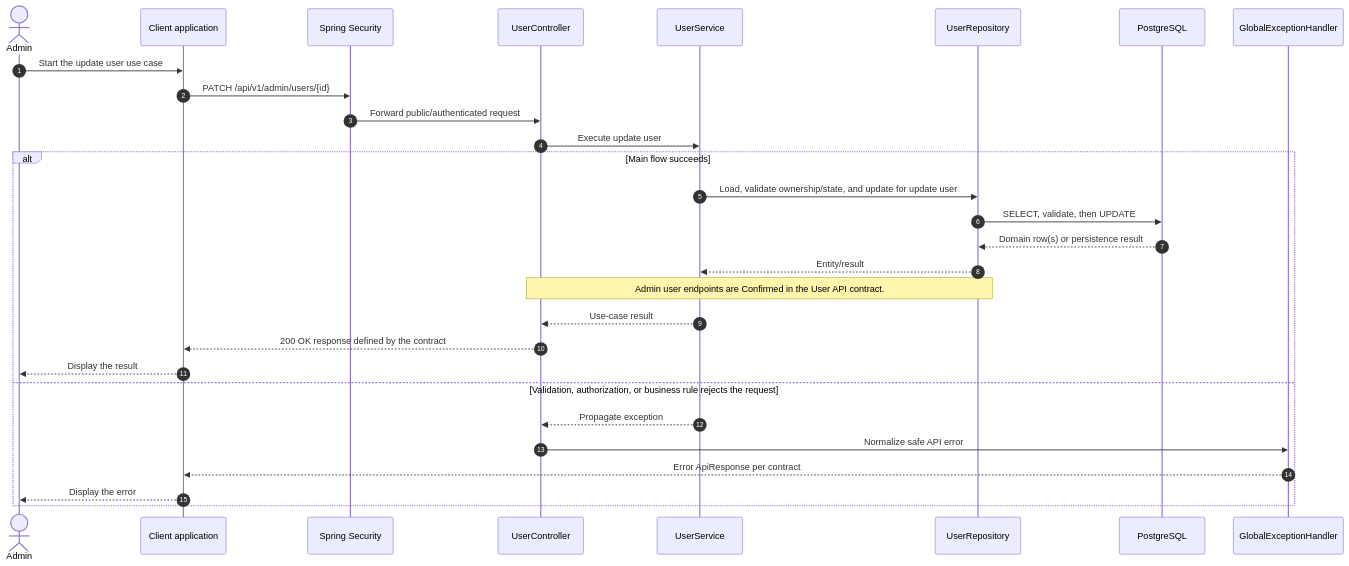
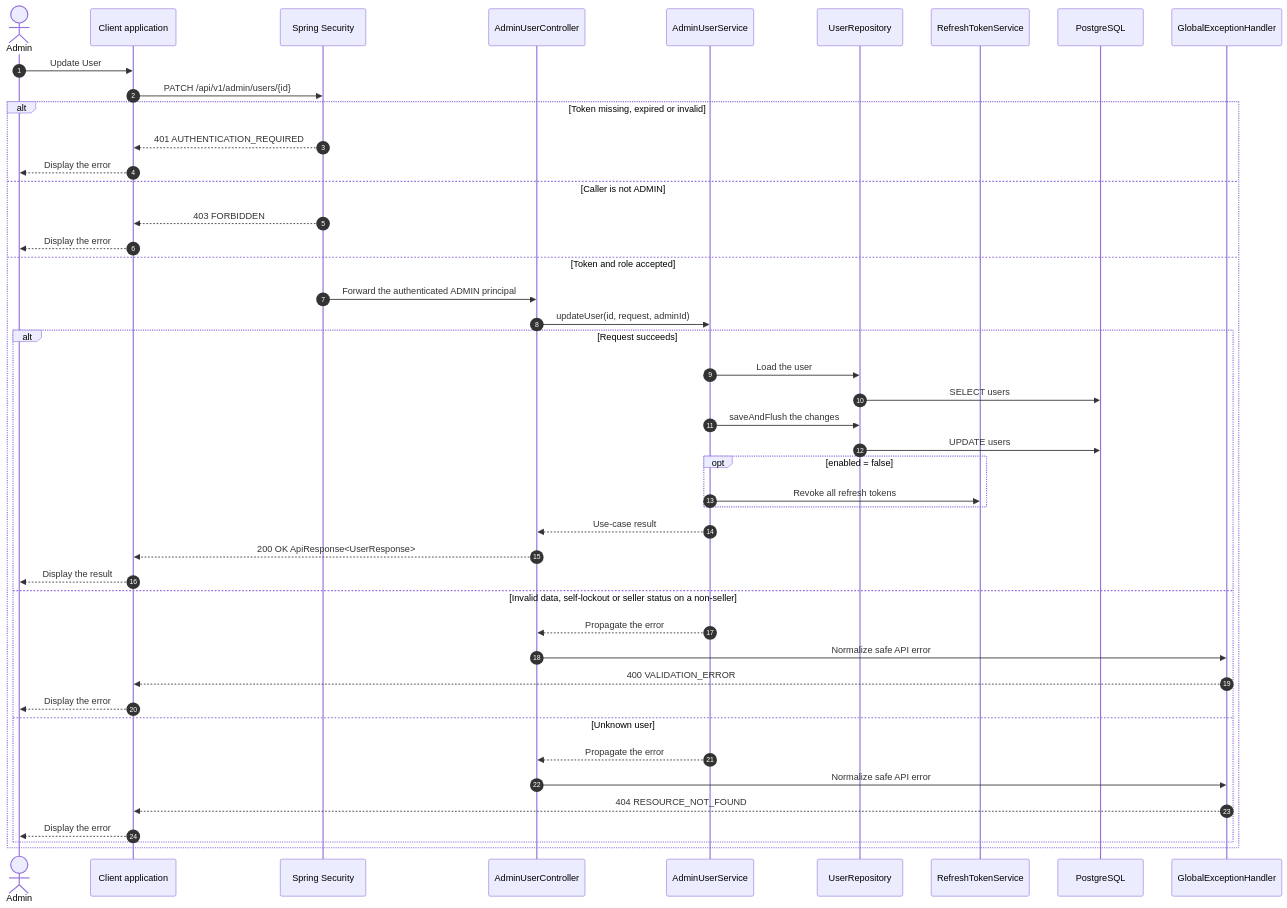
The diagram in sequence-diagram/admin/update-user.md (e-commercial-marketplace/commerce-platform-docs), drawn with Mermaid before and after one commit. The commit also changed other lines of this file and 232 other files, not shown here.

Commit message:
docs(usecase): align use cases, specs, activity and sequence diagrams with the backend

````diff
--- a/sequence-diagram/admin/update-user.md
+++ b/sequence-diagram/admin/update-user.md
@@ -9,31 +7,47 @@
 ```mermaid
 sequenceDiagram
     autonumber
     actor Admin
     participant Client as Client application
     participant Security as Spring Security
-    participant Controller as UserController
-    participant Service as UserService
+    participant Controller as AdminUserController
+    participant Service as AdminUserService
     participant Repo as UserRepository
+    participant Tokens as RefreshTokenService
     participant DB as PostgreSQL
     participant Handler as GlobalExceptionHandler
-    Admin->>Client: Start the update user use case
+    Admin->>Client: Update User
     Client->>Security: PATCH /api/v1/admin/users/{id}
-    Security->>Controller: Forward public/authenticated request
-    Controller->>Service: Execute update user
-    alt Main flow succeeds
-        Service->>Repo: Load, validate ownership/state, and update for update user
-        Repo->>DB: SELECT, validate, then UPDATE
-        DB-->>Repo: Domain row(s) or persistence result
-        Repo-->>Service: Entity/result
-        Note over Controller,Repo: Admin user endpoints are Confirmed in the User API contract.
-        Service-->>Controller: Use-case result
-        Controller-->>Client: 200 OK response defined by the contract
-        Client-->>Admin: Display the result
-    else Validation, authorization, or business rule rejects the request
-        Service-->>Controller: Propagate exception
-        Controller->>Handler: Normalize safe API error
-        Handler-->>Client: Error ApiResponse per contract
+    alt Token missing, expired or invalid
+        Security-->>Client: 401 AUTHENTICATION_REQUIRED
         Client-->>Admin: Display the error
+    else Caller is not ADMIN
+        Security-->>Client: 403 FORBIDDEN
+        Client-->>Admin: Display the error
+    else Token and role accepted
+        Security->>Controller: Forward the authenticated ADMIN principal
+        Controller->>Service: updateUser(id, request, adminId)
+        alt Request succeeds
+            Service->>Repo: Load the user
+            Repo->>DB: SELECT users
+            Service->>Repo: saveAndFlush the changes
+            Repo->>DB: UPDATE users
+            opt enabled = false
+                Service->>Tokens: Revoke all refresh tokens
+            end
+            Service-->>Controller: Use-case result
+            Controller-->>Client: 200 OK ApiResponse<UserResponse>
+            Client-->>Admin: Display the result
+        else Invalid data, self-lockout or seller status on a non-seller
+            Service-->>Controller: Propagate the error
+            Controller->>Handler: Normalize safe API error
+            Handler-->>Client: 400 VALIDATION_ERROR
+            Client-->>Admin: Display the error
+        else Unknown user
+            Service-->>Controller: Propagate the error
+            Controller->>Handler: Normalize safe API error
+            Handler-->>Client: 404 RESOURCE_NOT_FOUND
+            Client-->>Admin: Display the error
+        end
     end
 ```
````
